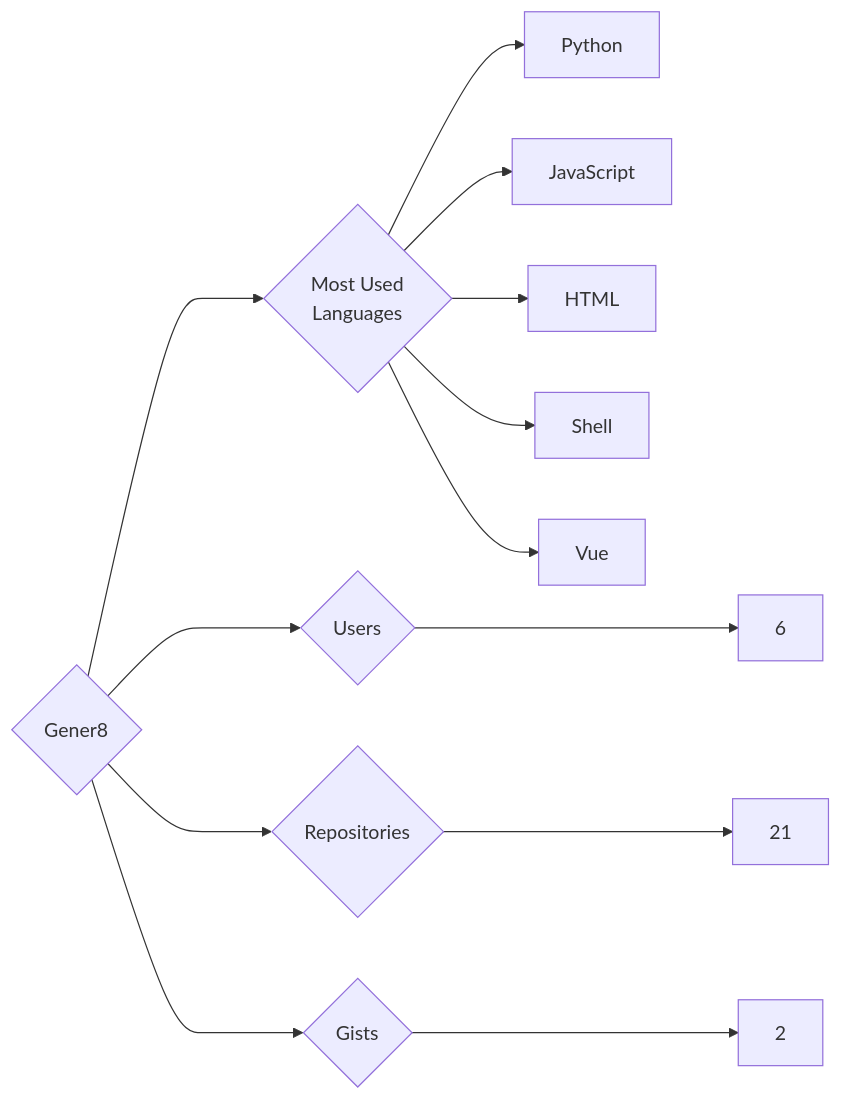
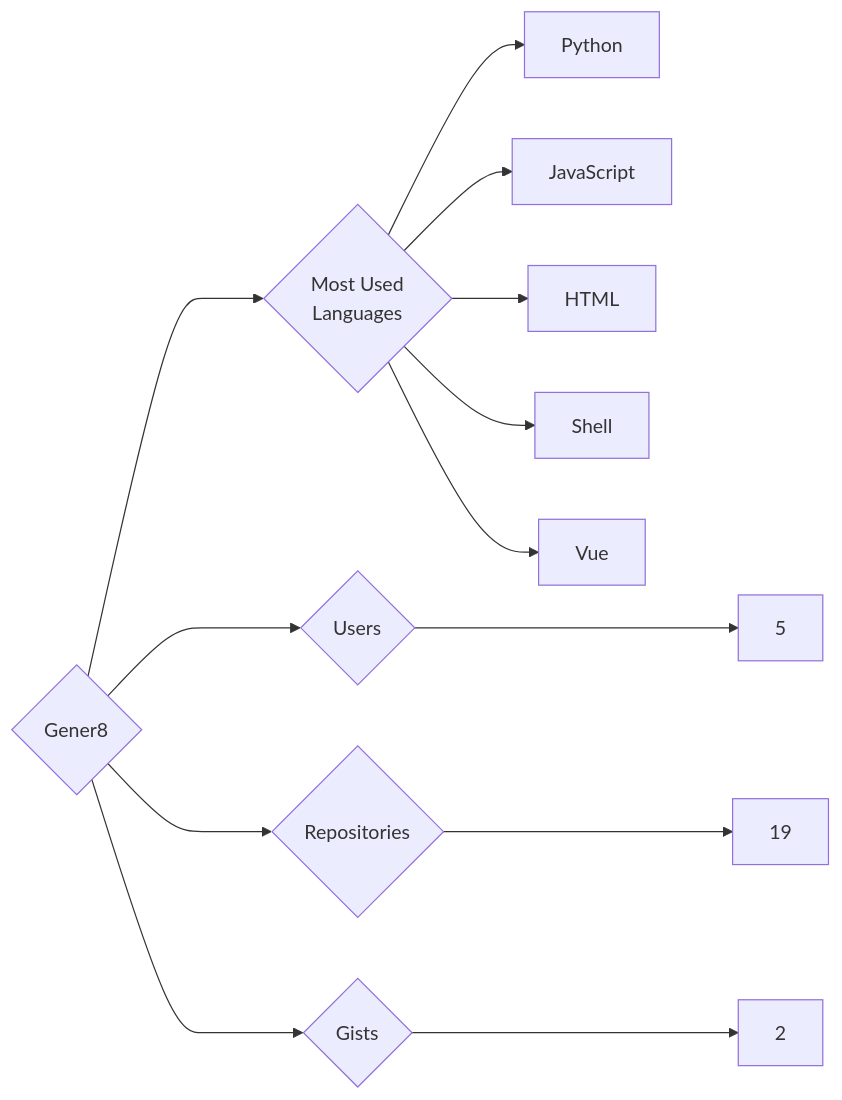
Before and after one commit to trickest/insiders: the diagram in targets/Gener8/README.md, drawn with Mermaid. The commit also changed 1092 other files, not shown here.

````diff
--- a/targets/Gener8/README.md
+++ b/targets/Gener8/README.md
@@ -3,13 +3,13 @@
 ```mermaid
 graph LR
 COMPANY_NAME{Gener8}
-COMPANY_NAME ---> U{Users} ---> UN[6]
-COMPANY_NAME ---> R{Repositories} ---> RN[21]
+COMPANY_NAME ---> U{Users} ---> UN[5]
+COMPANY_NAME ---> R{Repositories} ---> RN[19]
 COMPANY_NAME ---> G{Gists} ---> GN[2]
 COMPANY_NAME ---> ML{Most Used<br>Languages}
 ML --> Python[Python]
 ML --> JavaScript[JavaScript]
 ML --> HTML[HTML]
 ML --> Shell[Shell]
 ML --> Vue[Vue]
 ```
````
